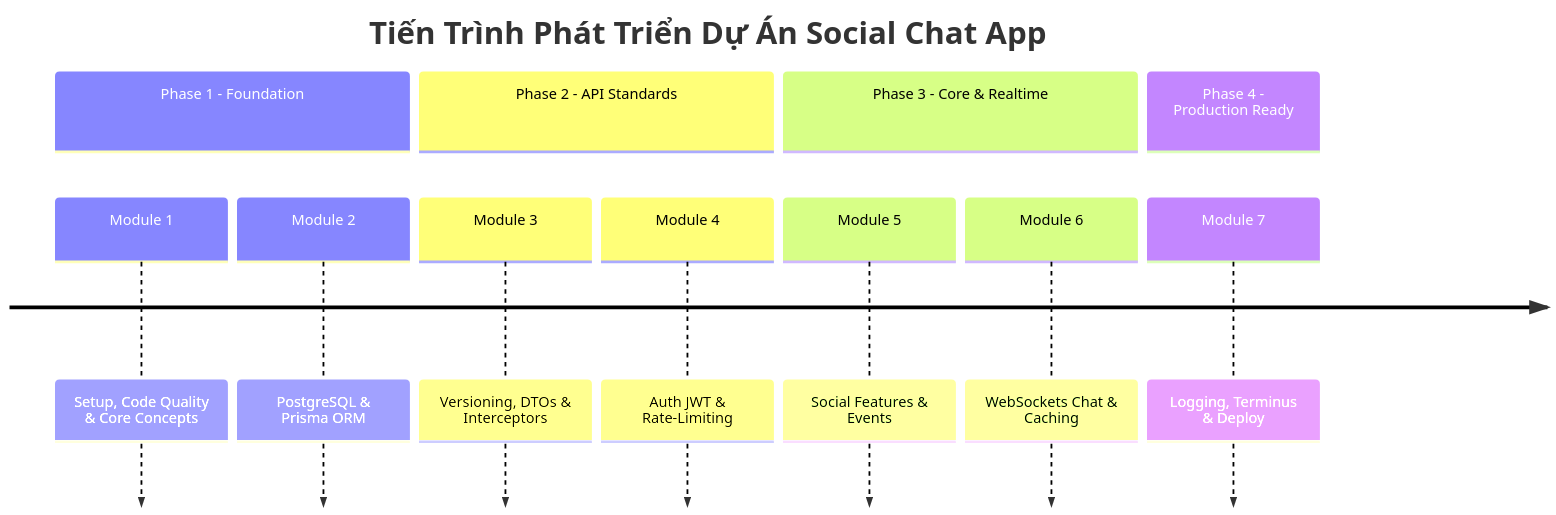
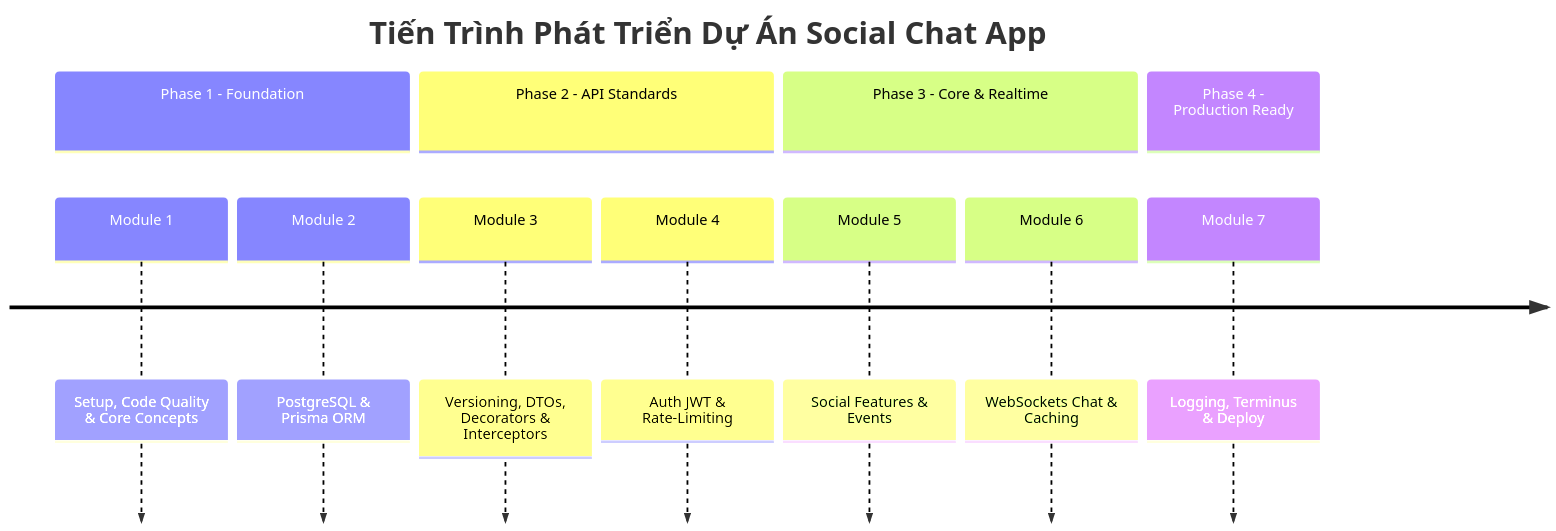
One commit to thanhmati/nestjs-basic-course changed the diagram in docs/00-curriculum-blueprint.md. Above: the diagram before and after it, drawn with Mermaid. The commit also changed other lines of this file and 8 other files, not shown here.

````diff
--- a/docs/00-curriculum-blueprint.md
+++ b/docs/00-curriculum-blueprint.md
@@ -14,15 +14,15 @@
 ```mermaid
 timeline
     title Tiến Trình Phát Triển Dự Án Social Chat App
     section Phase 1 - Foundation
         Module 1 : Setup, Code Quality & Core Concepts
         Module 2 : PostgreSQL & Prisma ORM
     section Phase 2 - API Standards
-        Module 3 : Versioning, DTOs & Interceptors
+        Module 3 : Versioning, DTOs, Decorators & Interceptors
         Module 4 : Auth JWT & Rate-Limiting
     section Phase 3 - Core & Realtime
         Module 5 : Social Features & Events
         Module 6 : WebSockets Chat & Caching
     section Phase 4 - Production Ready
         Module 7 : Logging, Terminus & Deploy
 ```
````
